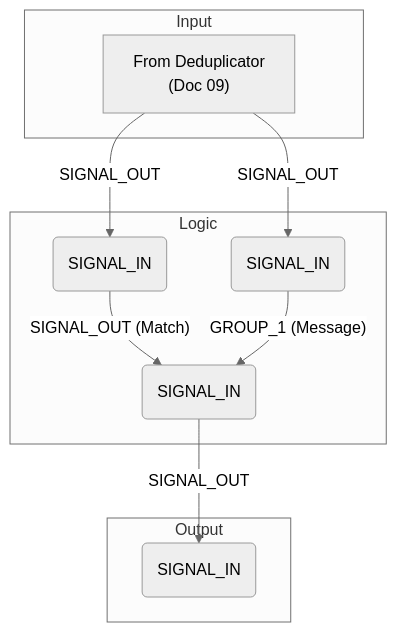
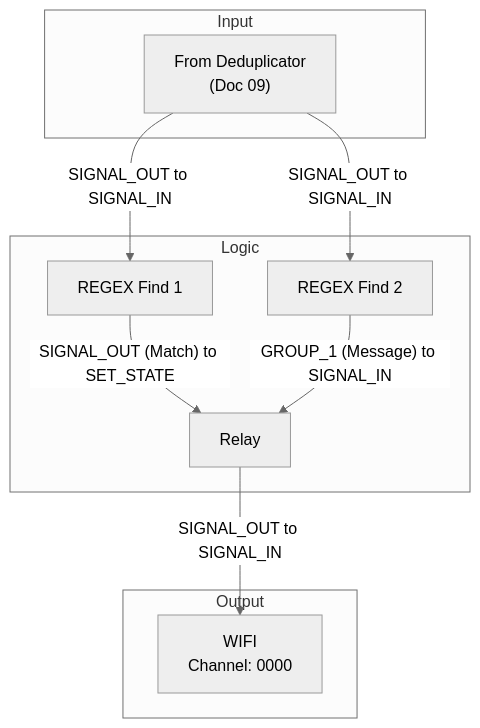
Before and after one commit to Xavrax/barotrauma: the diagram in summer_2k25_0/10-EchoCommand.md, drawn with Mermaid (neutral theme).

````diff
--- a/summer_2k25_0/10-EchoCommand.md
+++ b/summer_2k25_0/10-EchoCommand.md
@@ -47,25 +47,25 @@
 ```mermaid
 graph TD;
     subgraph Input
         DEDUPLICATOR["From Deduplicator<br/>(Doc 09)"];
     end
 
     subgraph Logic
         REGEX1["REGEX Find 1"];
         REGEX2["REGEX Find 2"];
         RELAY["Relay"];
     end
 
     subgraph Output
         WIFI["WIFI<br/>Channel: 0000"];
     end
 
-    DEDUPLICATOR -- "SIGNAL_OUT" --> REGEX1(SIGNAL_IN);
-    DEDUPLICATOR -- "SIGNAL_OUT" --> REGEX2(SIGNAL_IN);
+    DEDUPLICATOR -- "SIGNAL_OUT to SIGNAL_IN" --> REGEX1;
+    DEDUPLICATOR -- "SIGNAL_OUT to SIGNAL_IN" --> REGEX2;
 
-    REGEX1 -- "SIGNAL_OUT (Match)" --> RELAY(SET_STATE);
-    REGEX2 -- "GROUP_1 (Message)" --> RELAY(SIGNAL_IN);
+    REGEX1 -- "SIGNAL_OUT (Match) to SET_STATE" --> RELAY;
+    REGEX2 -- "GROUP_1 (Message) to SIGNAL_IN" --> RELAY;
     
-    RELAY -- "SIGNAL_OUT" --> WIFI(SIGNAL_IN);
+    RELAY -- "SIGNAL_OUT to SIGNAL_IN" --> WIFI;
 
 ```
````
